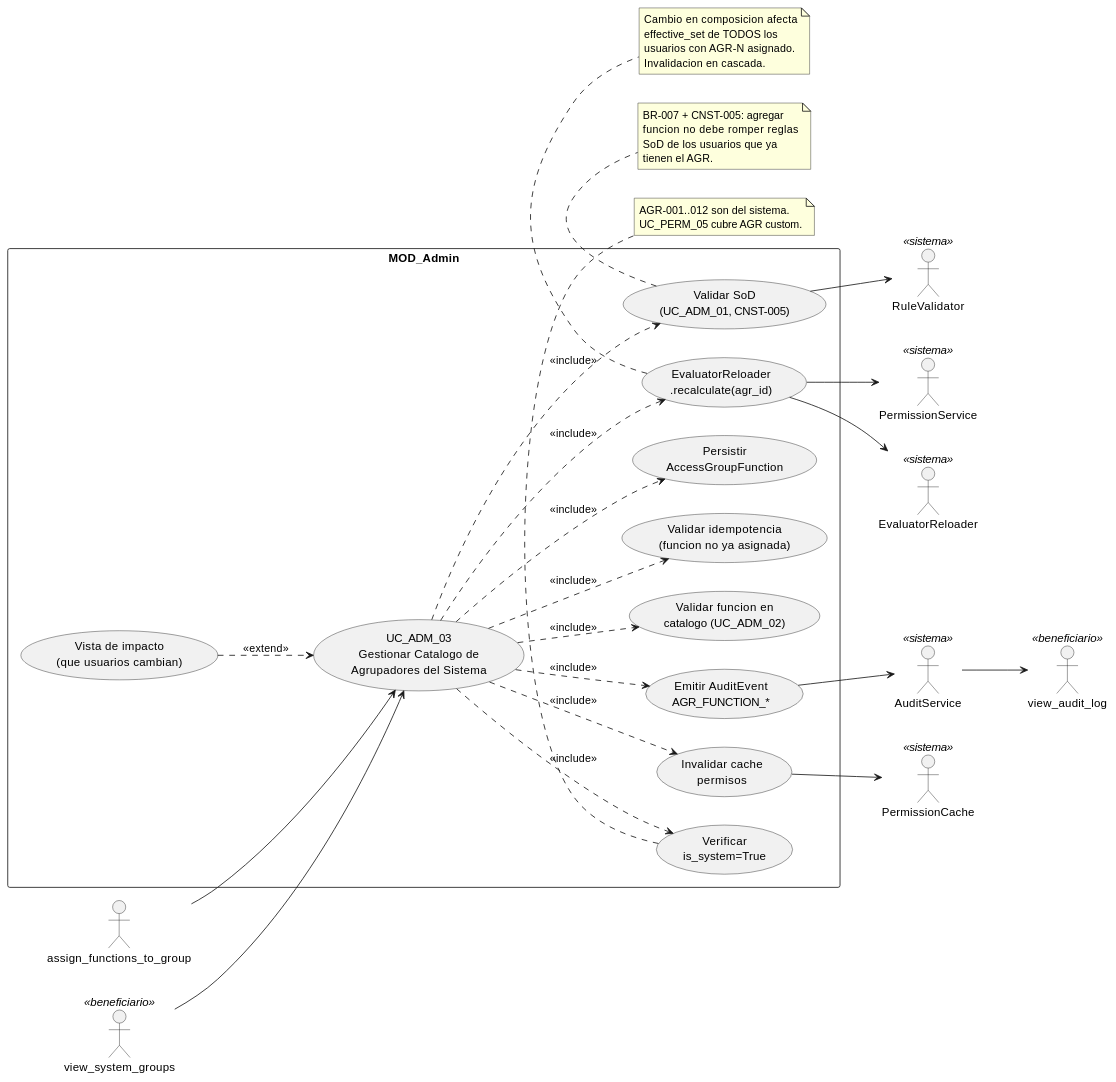
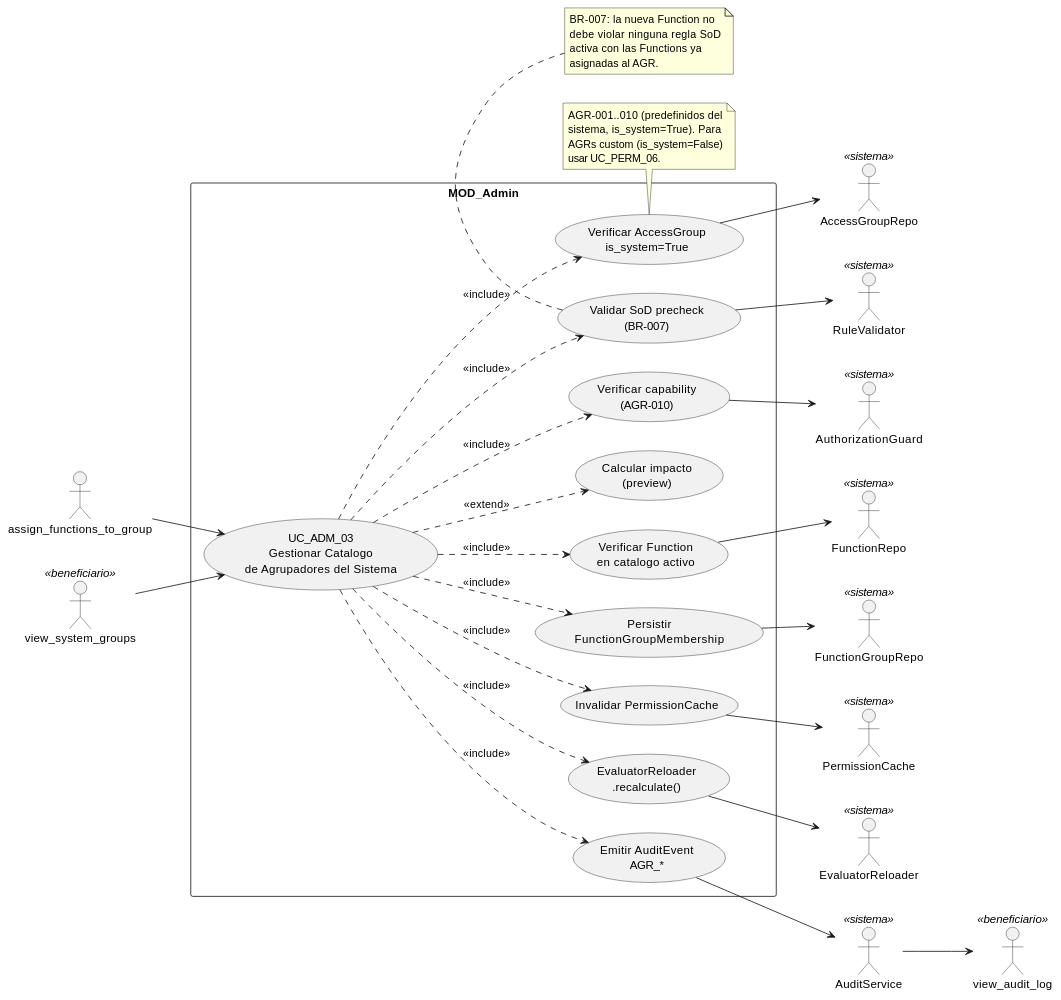
The diagram in source/requisitos/casos-uso/admin/uc-adm-03/diagramas-uml/diagrama-de-caso-de-uso.rst (jcg-admin/IACT-docs), drawn with PlantUML before and after one commit. The commit also changed other lines of this file and 13 other files, not shown here.

First line of the commit message:
Recreate uc-adm-02 + uc-adm-03 diagrams aligned to STD-012 v1.1.0

```diff
--- a/source/requisitos/casos-uso/admin/uc-adm-03/diagramas-uml/diagrama-de-caso-de-uso.rst
+++ b/source/requisitos/casos-uso/admin/uc-adm-03/diagramas-uml/diagrama-de-caso-de-uso.rst
@@ -4,69 +6,70 @@
 .. uml::
- :caption: UC_ADM_03 — actores y casos asociados
+ :caption: UC_ADM_03 — actores y casos asociados.
 
  @startuml
 
  left to right direction
 
- actor "assign_functions_to_group" as F_ASSIGN
- actor "view_system_groups" as F_VIEW <<beneficiario>>
+ actor "assign_functions_to_group" as assign_functions_to_group
+ actor "view_system_groups" as view_system_groups <<beneficiario>>
  actor "view_audit_log" as view_audit_log <<beneficiario>>
- actor "RuleValidator" as RV <<sistema>>
- actor "PermissionService" as PS <<sistema>>
- actor "PermissionCache" as PC <<sistema>>
- actor "EvaluatorReloader" as EE <<sistema>>
- actor "AuditService" as AS <<sistema>>
+ actor "AuthorizationGuard" as AuthorizationGuard <<sistema>>
+ actor "AccessGroupRepo" as AccessGroupRepo <<sistema>>
+ actor "FunctionRepo" as FunctionRepo <<sistema>>
+ actor "FunctionGroupRepo" as FunctionGroupRepo <<sistema>>
+ actor "RuleValidator" as RuleValidator <<sistema>>
+ actor "EvaluatorReloader" as EvaluatorReloader <<sistema>>
+ actor "PermissionCache" as PermissionCache <<sistema>>
+ actor "AuditService" as AuditService <<sistema>>
 
  rectangle "MOD_Admin" {
-   usecase "UC_ADM_03\nGestionar Catalogo de\nAgrupadores del Sistema" as UC_ADM_03
-   usecase "Verificar\nis_system=True" as VERIFY_SYS
-   usecase "Validar funcion en\ncatalogo (UC_ADM_02)" as VALIDAR_FUNCION
-   usecase "Validar SoD\n(UC_ADM_01, CNST-005)" as VALIDAR_SOD
-   usecase "Validar idempotencia\n(funcion no ya asignada)" as IDEMP
-   usecase "Persistir\nAccessGroupFunction" as PERSISTIR
-   usecase "Emitir AuditEvent\nAGR_FUNCTION_*" as AUDIT
-   usecase "Invalidar cache\npermisos" as INVALIDAR
-   usecase "EvaluatorReloader\n.recalculate(agr_id)" as RECALC
-   usecase "Vista de impacto\n(que usuarios cambian)" as IMPACT
+   usecase "UC_ADM_03\nGestionar Catalogo\nde Agrupadores del Sistema" as UC_ADM_03
+   usecase "Verificar capability\n(AGR-010)" as VERIFICAR_CAP
+   usecase "Verificar AccessGroup\nis_system=True" as VERIFICAR_SISTEMA
+   usecase "Verificar Function\nen catalogo activo" as VERIFICAR_FN
+   usecase "Validar SoD precheck\n(BR-007)" as VALIDAR_SOD
+   usecase "Persistir\nFunctionGroupMembership" as PERSISTIR
+   usecase "Calcular impacto\n(preview)" as PREVIEW
+   usecase "Invalidar PermissionCache" as INVALIDAR
+   usecase "EvaluatorReloader\n.recalculate()" as RELOAD
+   usecase "Emitir AuditEvent\nAGR_*" as AUDITAR
  }
 
- F_ASSIGN --> UC_ADM_03
- F_VIEW --> UC_ADM_03
+ assign_functions_to_group --> UC_ADM_03
+ view_system_groups --> UC_ADM_03
 
- UC_ADM_03 ..> VERIFY_SYS : <<include>>
- UC_ADM_03 ..> VALIDAR_FUNCION : <<include>>
+ UC_ADM_03 ..> VERIFICAR_CAP : <<include>>
+ UC_ADM_03 ..> VERIFICAR_SISTEMA : <<include>>
+ UC_ADM_03 ..> VERIFICAR_FN : <<include>>
  UC_ADM_03 ..> VALIDAR_SOD : <<include>>
- UC_ADM_03 ..> IDEMP : <<include>>
  UC_ADM_03 ..> PERSISTIR : <<include>>
- UC_ADM_03 ..> AUDIT : <<include>>
+ UC_ADM_03 ..> PREVIEW : <<extend>>
  UC_ADM_03 ..> INVALIDAR : <<include>>
- UC_ADM_03 ..> RECALC : <<include>>
- IMPACT ..> UC_ADM_03 : <<extend>>
+ UC_ADM_03 ..> RELOAD : <<include>>
+ UC_ADM_03 ..> AUDITAR : <<include>>
 
- VALIDAR_SOD --> RV
- INVALIDAR --> PC
- RECALC --> EE
- RECALC --> PS
- AUDIT --> AS
- AS --> view_audit_log
+ VERIFICAR_CAP --> AuthorizationGuard
+ VERIFICAR_SISTEMA --> AccessGroupRepo
+ VERIFICAR_FN --> FunctionRepo
+ VALIDAR_SOD --> RuleValidator
+ PERSISTIR --> FunctionGroupRepo
+ INVALIDAR --> PermissionCache
+ RELOAD --> EvaluatorReloader
+ AUDITAR --> AuditService
+ AuditService --> view_audit_log
 
- note bottom of VERIFY_SYS
-   AGR-001..012 son del sistema.
-   UC_PERM_05 cubre AGR custom.
+ note bottom of VERIFICAR_SISTEMA
+   AGR-001..010 (predefinidos del
+   sistema, is_system=True). Para
+   AGRs custom (is_system=False)
+   usar UC_PERM_06.
  end note
 
  note bottom of VALIDAR_SOD
-   BR-007 + CNST-005: agregar
-   funcion no debe romper reglas
-   SoD de los usuarios que ya
-   tienen el AGR.
- end note
-
- note bottom of RECALC
-   Cambio en composicion afecta
-   effective_set de TODOS los
-   usuarios con AGR-N asignado.
-   Invalidacion en cascada.
+   BR-007: la nueva Function no
+   debe violar ninguna regla SoD
+   activa con las Functions ya
+   asignadas al AGR.
  end note
 
  @enduml
```
